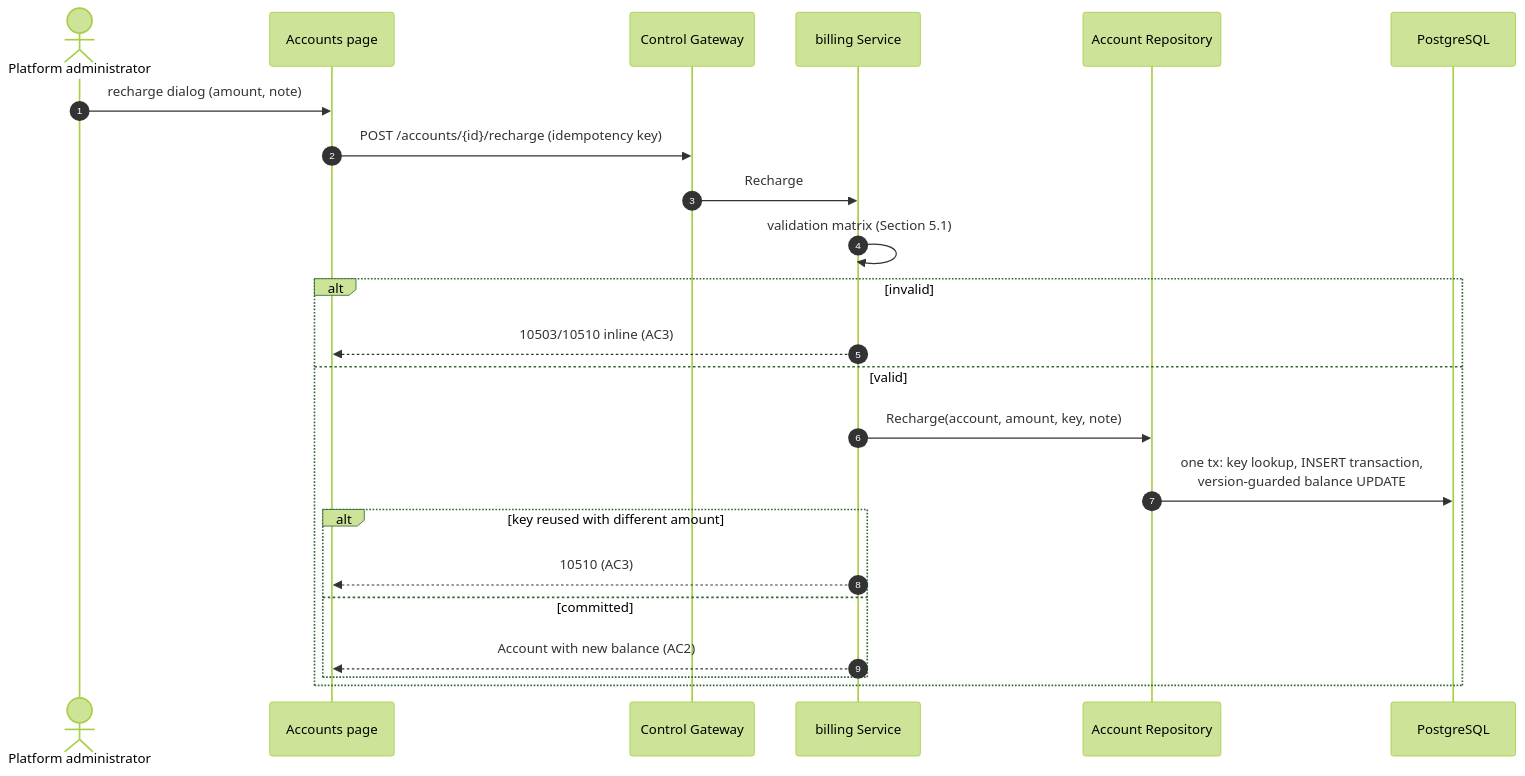
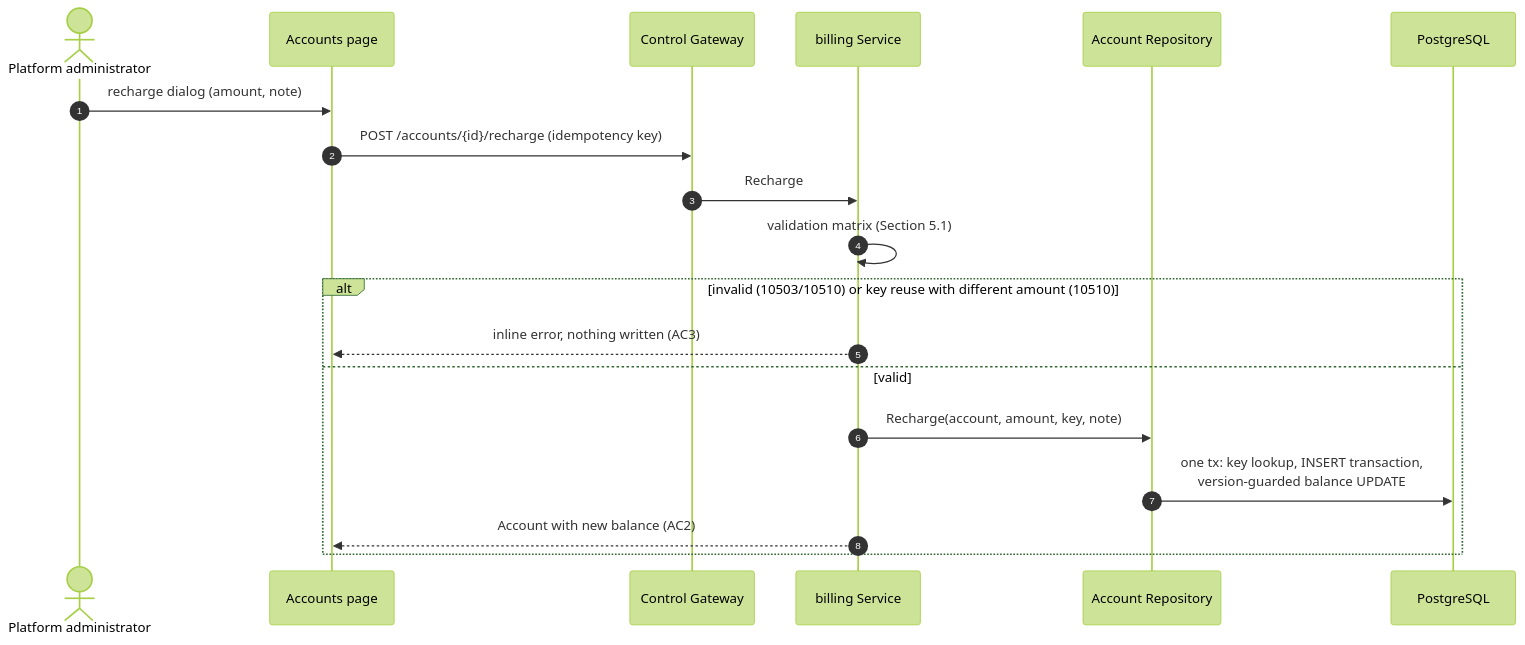
Before and after one commit to dhyabi2/go-taas: the second of 5 diagrams in docs/architecture/balance-quota.md, drawn with Mermaid (forest theme). The commit also changed other lines of this file, not shown here.

Commit message:
docs(architecture): compress balance-quota doc under 300 lines

````diff
--- a/docs/architecture/balance-quota.md
+++ b/docs/architecture/balance-quota.md
@@ -192,25 +186,21 @@
 ```mermaid
 sequenceDiagram
     autonumber
     actor Admin as Platform administrator
     participant Console as Accounts page
     participant CGW as Control Gateway
     participant S as billing Service
     participant R as Account Repository
     participant DB as PostgreSQL
     Admin->>Console: recharge dialog (amount, note)
     Console->>CGW: POST /accounts/{id}/recharge (idempotency key)
     CGW->>S: Recharge
     S->>S: validation matrix (Section 5.1)
-    alt invalid
-        S-->>Console: 10503/10510 inline (AC3)
+    alt invalid (10503/10510) or key reuse with different amount (10510)
+        S-->>Console: inline error, nothing written (AC3)
     else valid
         S->>R: Recharge(account, amount, key, note)
         R->>DB: one tx: key lookup, INSERT transaction,<br/>version-guarded balance UPDATE
-        alt key reused with different amount
-            S-->>Console: 10510 (AC3)
-        else committed
-            S-->>Console: Account with new balance (AC2)
-        end
+        S-->>Console: Account with new balance (AC2)
     end
 ```
````
